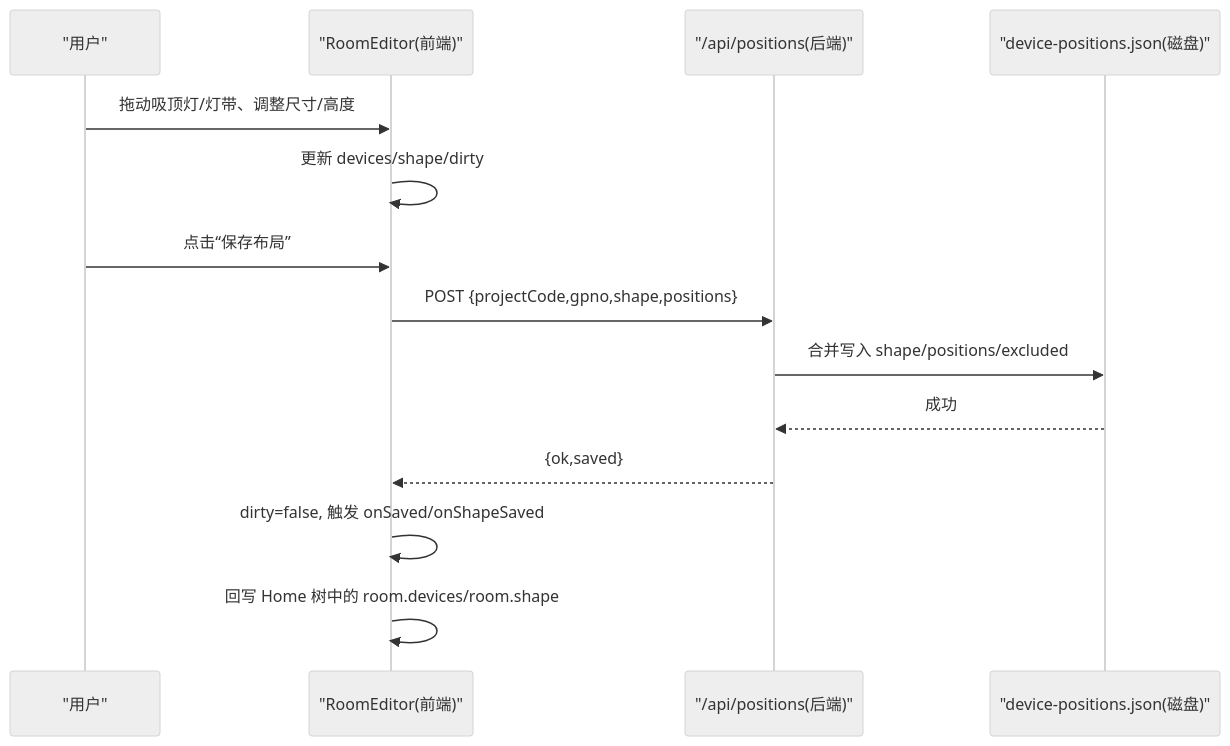
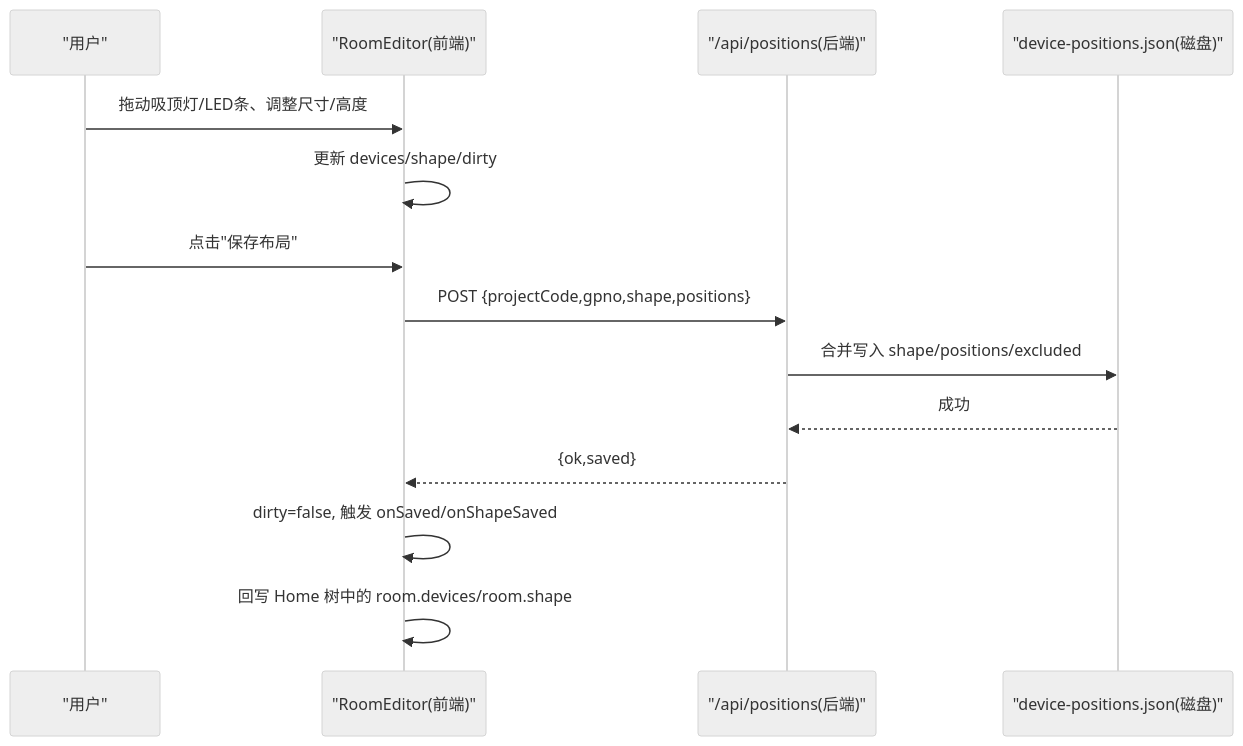
Before and after one commit to zh79325/opple-cloud-adapter: the second of 10 diagrams in .qoder/repowiki/zh/content/Web控制台/布局编辑器.md, drawn with Mermaid (neutral theme). The commit also changed other lines of this file and 28 other files, not shown here.

````diff
--- a/.qoder/repowiki/zh/content/Web控制台/布局编辑器.md
+++ b/.qoder/repowiki/zh/content/Web控制台/布局编辑器.md
@@ -80,16 +88,16 @@
 ```mermaid
 sequenceDiagram
 participant U as "用户"
 participant FE as "RoomEditor(前端)"
 participant API as "/api/positions(后端)"
 participant FS as "device-positions.json(磁盘)"
-U->>FE : 拖动吸顶灯/灯带、调整尺寸/高度
+U->>FE : 拖动吸顶灯/LED条、调整尺寸/高度
 FE->>FE : 更新 devices/shape/dirty
-U->>FE : 点击“保存布局”
+U->>FE : 点击"保存布局"
 FE->>API : POST {projectCode,gpno,shape,positions}
 API->>FS : 合并写入 shape/positions/excluded
 FS-->>API : 成功
 API-->>FE : {ok,saved}
 FE->>FE : dirty=false, 触发 onSaved/onShapeSaved
 FE->>FE : 回写 Home 树中的 room.devices/room.shape
 ```
````
